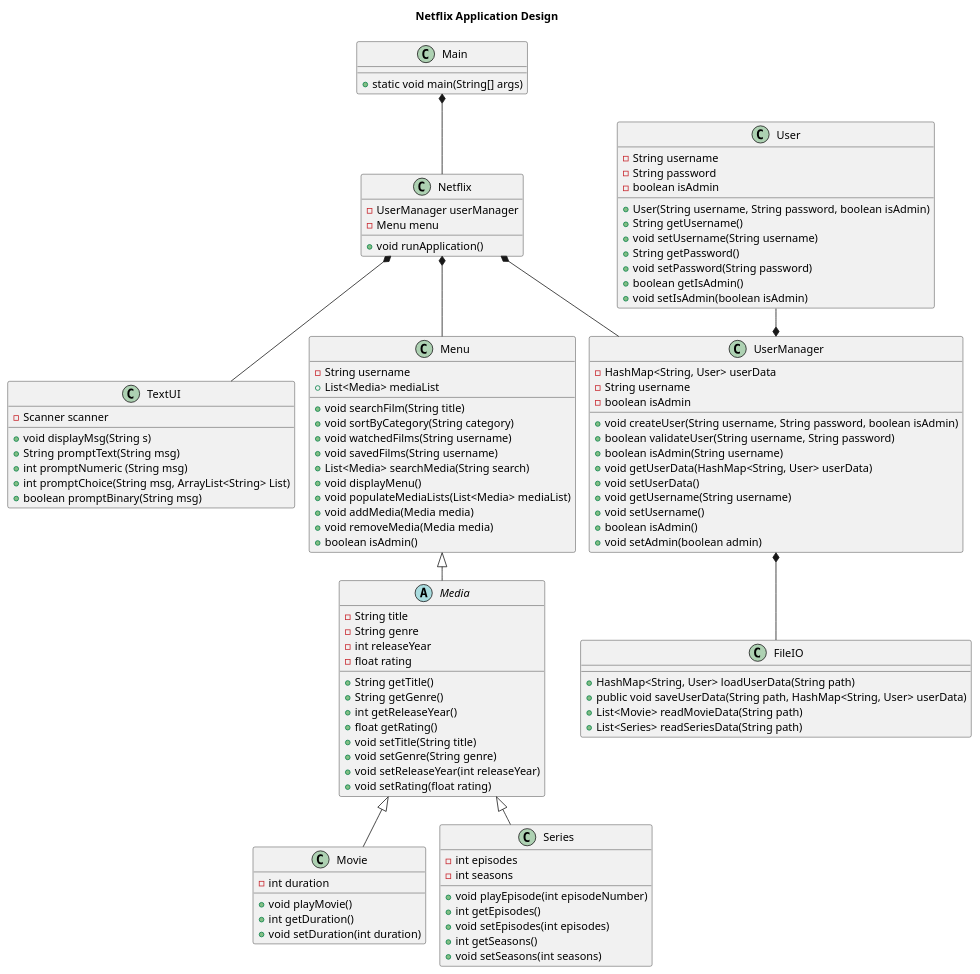
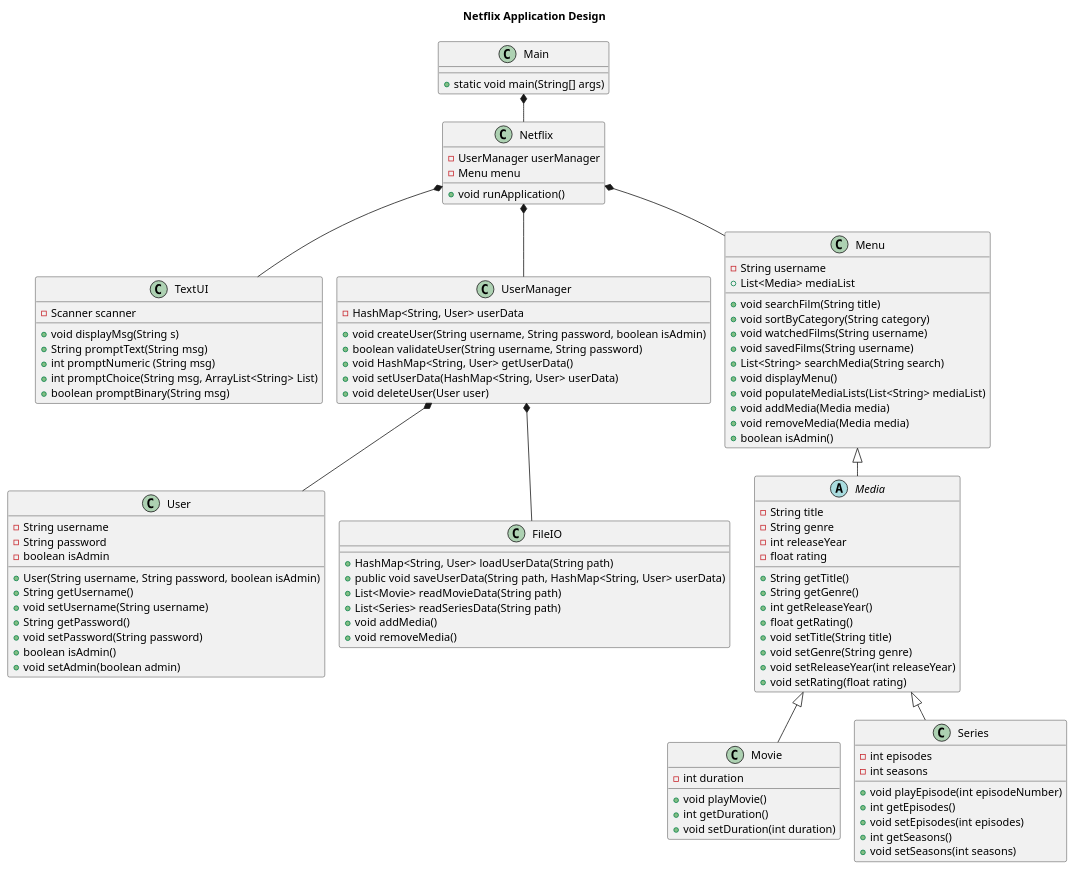
Before and after one commit to MarcusPFF/SP3-StreamingServiceProject: the diagram in doc/classDiagram/classDiagram.puml, drawn with PlantUML. The commit also changed 7 other files, not shown here.

```diff
--- a/doc/classDiagram/classDiagram.puml
+++ b/doc/classDiagram/classDiagram.puml
@@ -1,119 +1,117 @@
 @startuml
 !pragma layout smetana
 title Netflix Application Design
 
 class Main {
     + static void main(String[] args)
 
 }
 
 Main *-- Netflix
 
 class Netflix {
     - UserManager userManager
     - Menu menu
     + void runApplication()
 }
 
 Netflix *-- TextUI
 
 class TextUI {
 - Scanner scanner
 
 + void displayMsg(String s)
 + String promptText(String msg)
 + int promptNumeric (String msg)
 + int promptChoice(String msg, ArrayList<String> List)
 + boolean promptBinary(String msg)
 
 }
 Netflix *-- UserManager
 Netflix *-- Menu
-User --* UserManager
 
 class UserManager {
     - HashMap<String, User> userData
-    - String username
-    - boolean isAdmin
     + void createUser(String username, String password, boolean isAdmin)
     + boolean validateUser(String username, String password)
-    + boolean isAdmin(String username)
-    + void getUserData(HashMap<String, User> userData)
-    + void setUserData()
-    + void getUsername(String username)
-    + void setUsername()
-    + boolean isAdmin()
-    + void setAdmin(boolean admin)
+    + void HashMap<String, User> getUserData()
+    + void setUserData(HashMap<String, User> userData)
+    + void deleteUser(User user)
+
 }
+
+UserManager *-- User
 
 class User {
     - String username
     - String password
     - boolean isAdmin
     + User(String username, String password, boolean isAdmin)
     + String getUsername()
     + void setUsername(String username)
     + String getPassword()
     + void setPassword(String password)
-    + boolean getIsAdmin()
-    + void setIsAdmin(boolean isAdmin)
+    + boolean isAdmin()
+    + void setAdmin(boolean admin)
 }
 
 UserManager *-- FileIO
 
 class FileIO {
     + HashMap<String, User> loadUserData(String path)
     + public void saveUserData(String path, HashMap<String, User> userData)
     + List<Movie> readMovieData(String path)
     + List<Series> readSeriesData(String path)
+    + void addMedia()
+    + void removeMedia()
 
 }
 
 class Menu{
     - String username
     + List<Media> mediaList
     + void searchFilm(String title)
     + void sortByCategory(String category)
     + void watchedFilms(String username)
     + void savedFilms(String username)
-    + List<Media> searchMedia(String search)
+    + List<String> searchMedia(String search)
     + void displayMenu()
-    + void populateMediaLists(List<Media> mediaList)
+    + void populateMediaLists(List<String> mediaList)
     + void addMedia(Media media)
     + void removeMedia(Media media)
     + boolean isAdmin()
 }
 
 abstract class Media extends Menu {
     - String title
     - String genre
     - int releaseYear
     - float rating
     + String getTitle()
     + String getGenre()
     + int getReleaseYear()
     + float getRating()
     + void setTitle(String title)
     + void setGenre(String genre)
     + void setReleaseYear(int releaseYear)
     + void setRating(float rating)
 }
 
 class Movie extends Media {
     - int duration
     + void playMovie()
     + int getDuration()
     + void setDuration(int duration)
 }
 
 class Series extends Media{
     - int episodes
     - int seasons
     + void playEpisode(int episodeNumber)
     + int getEpisodes()
     + void setEpisodes(int episodes)
     + int getSeasons()
     + void setSeasons(int seasons)
 }
 
 @enduml
```
